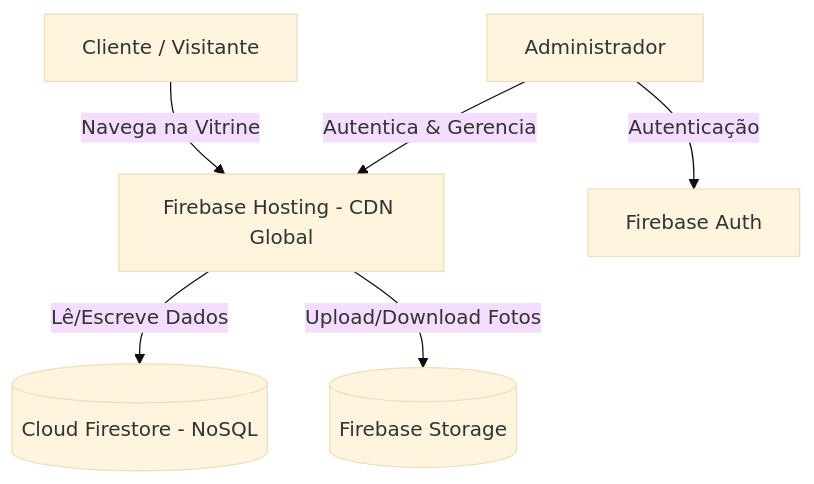
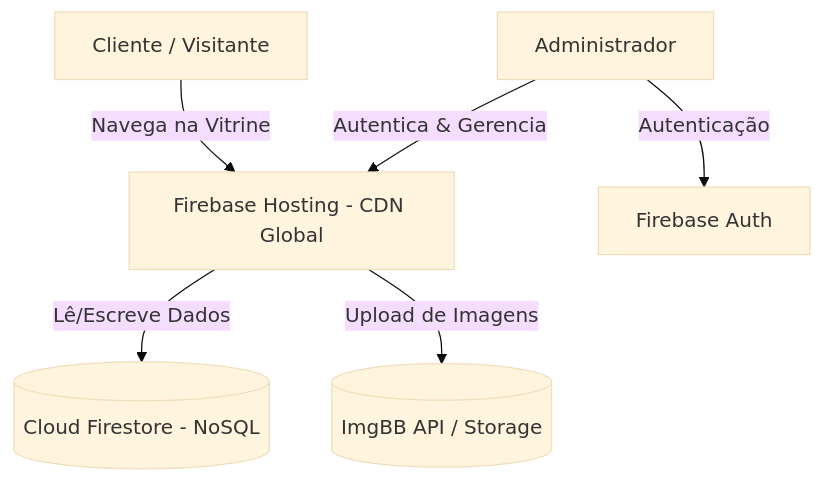
The diagram in README.md (aakaras/bazardoskaras), drawn with Mermaid (base theme) before and after one commit. The commit also changed other lines of this file and 1 other file, not shown here.

````diff
--- a/README.md
+++ b/README.md
@@ -11,8 +11,8 @@
 ```mermaid
 graph TD
     User[Cliente / Visitante] -->|Navega na Vitrine| Hosting[Firebase Hosting - CDN Global]
     Admin[Administrador] -->|Autentica & Gerencia| Hosting
     Hosting -->|Lê/Escreve Dados| Firestore[(Cloud Firestore - NoSQL)]
-    Hosting -->|Upload/Download Fotos| Storage[(Firebase Storage)]
+    Hosting -->|Upload de Imagens| ImgBB[(ImgBB API / Storage)]
     Admin -->|Autenticação| Auth[Firebase Auth]
 ```
````
